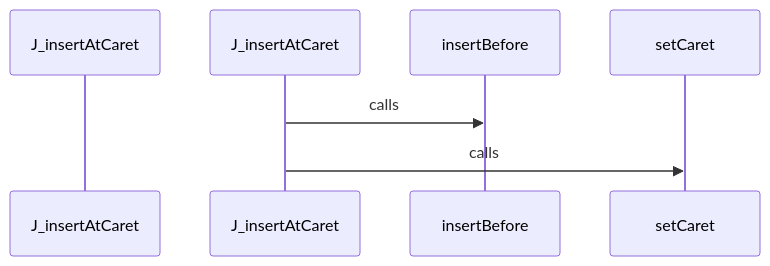
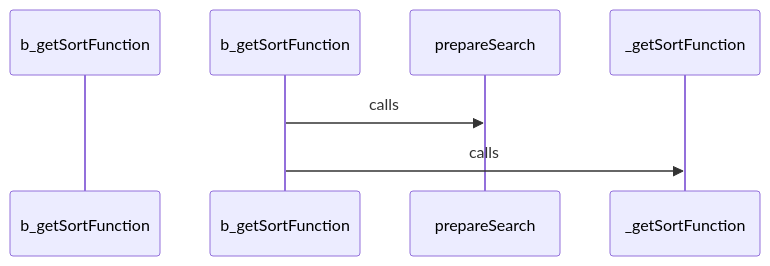
One commit to hazalkoom/DECODEx01 changed diagram 23 of 27 in docs/CALL_FLOW.md. Above: the diagram before and after it, drawn with Mermaid. The commit also changed other lines of this file and 8 other files, not shown here.

````diff
--- a/docs/CALL_FLOW.md
+++ b/docs/CALL_FLOW.md
@@ -811,13 +909,13 @@
 ```mermaid
 sequenceDiagram
-    participant Start as J_insertAtCaret
+    participant Start as b_getSortFunction
 
 
-    J_insertAtCaret->>insertBefore: calls
+    b_getSortFunction->>prepareSearch: calls
 
 
 
-    J_insertAtCaret->>setCaret: calls
+    b_getSortFunction->>_getSortFunction: calls
 
 
 ```
````
